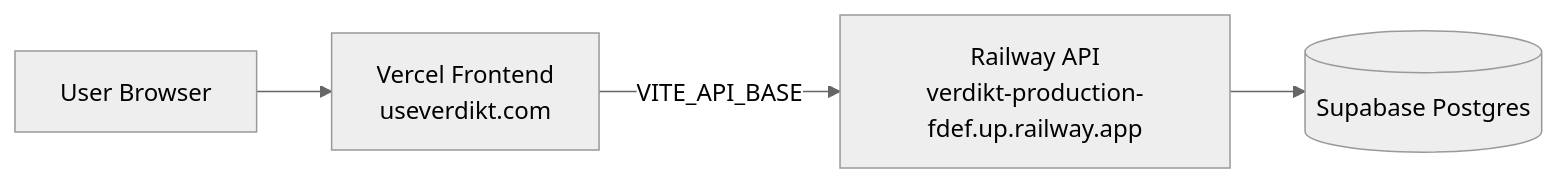
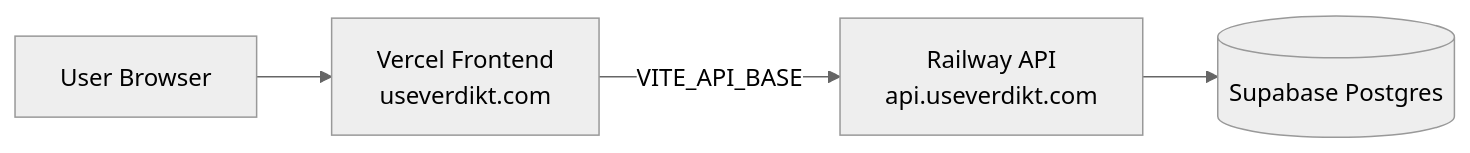
Before and after one commit to useverdikt/Verdikt: the diagram in README.md, drawn with Mermaid (neutral theme). The commit also changed other lines of this file and 1 other file, not shown here.

````diff
--- a/README.md
+++ b/README.md
@@ -45,6 +45,6 @@
 ```mermaid
 flowchart LR
     U[User Browser] --> V[Vercel Frontend<br/>useverdikt.com]
-    V -->|VITE_API_BASE| R[Railway API<br/>verdikt-production-fdef.up.railway.app]
+    V -->|VITE_API_BASE| R[Railway API<br/>api.useverdikt.com]
     R --> D[(Supabase Postgres)]
 ```
````
